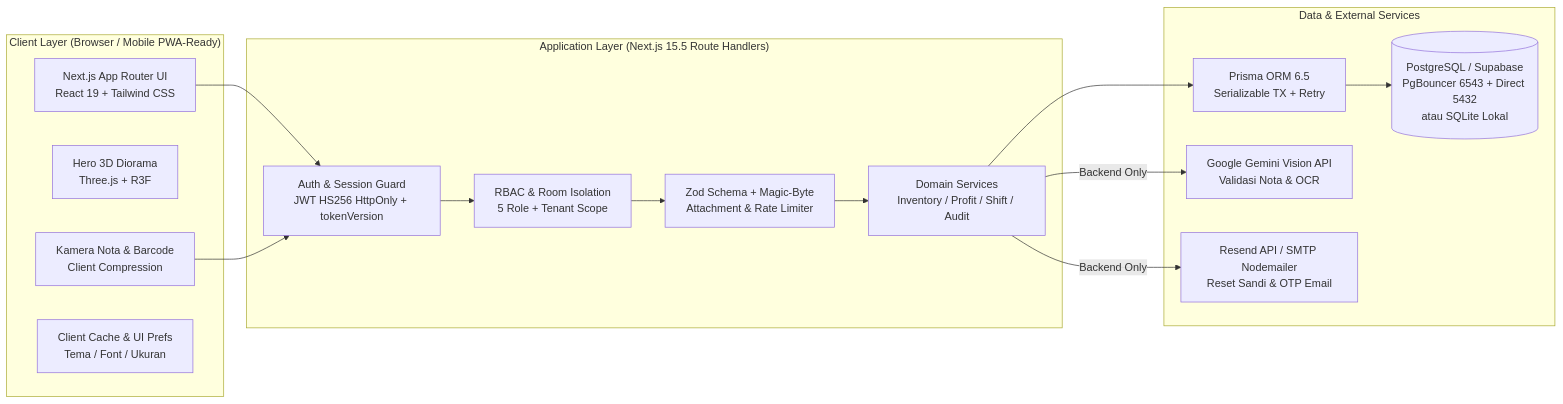
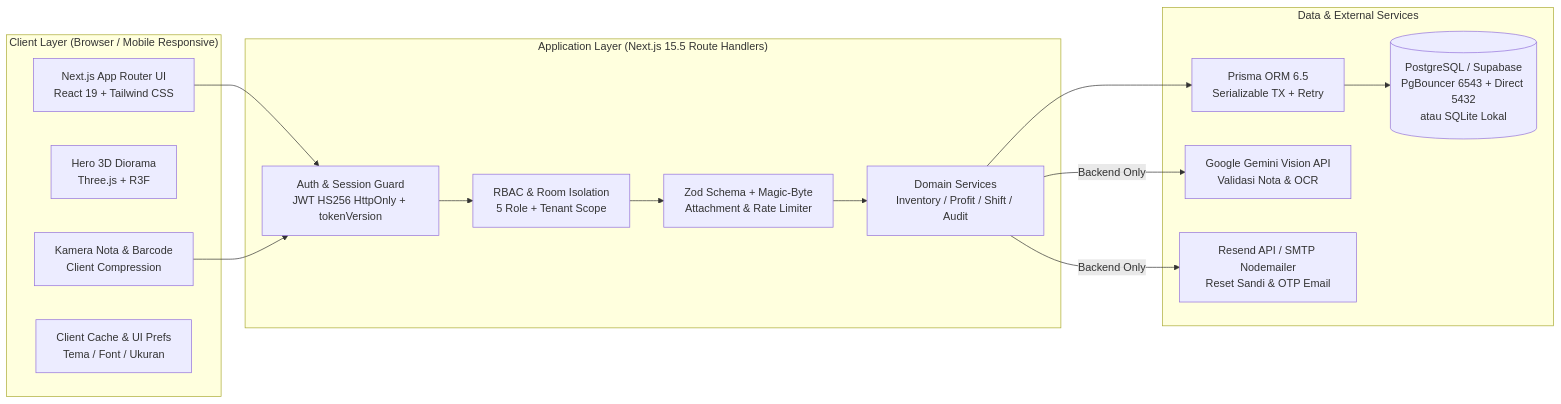
Before and after one commit to BrezaMedico/TRASIR---Transparan-Kasir: the second of 2 diagrams in README.md, drawn with Mermaid. The commit also changed other lines of this file and 1744 other files, not shown here.

````diff
--- a/README.md
+++ b/README.md
@@ -76,29 +76,29 @@
 ```mermaid
 flowchart LR
-    subgraph Client ["Client Layer (Browser / Mobile PWA-Ready)"]
+    subgraph Client ["Client Layer (Browser / Mobile Responsive)"]
         UI[Next.js App Router UI\nReact 19 + Tailwind CSS]
         R3F[Hero 3D Diorama\nThree.js + R3F]
         Cam[Kamera Nota & Barcode\nClient Compression]
         Cache[Client Cache & UI Prefs\nTema / Font / Ukuran]
     end
 
     subgraph Server ["Application Layer (Next.js 15.5 Route Handlers)"]
         Auth[Auth & Session Guard\nJWT HS256 HttpOnly + tokenVersion]
         RBAC[RBAC & Room Isolation\n5 Role + Tenant Scope]
         Val[Zod Schema + Magic-Byte\nAttachment & Rate Limiter]
         Domain[Domain Services\nInventory / Profit / Shift / Audit]
     end
 
     subgraph Data ["Data & External Services"]
         Prisma[Prisma ORM 6.5\nSerializable TX + Retry]
         DB[(PostgreSQL / Supabase\nPgBouncer 6543 + Direct 5432\natau SQLite Lokal)]
         Gemini[Google Gemini Vision API\nValidasi Nota & OCR]
         Email[Resend API / SMTP Nodemailer\nReset Sandi & OTP Email]
     end
 
     UI & Cam --> Auth
     Auth --> RBAC --> Val --> Domain
     Domain --> Prisma --> DB
     Domain -->|Backend Only| Gemini
     Domain -->|Backend Only| Email
 ```
````
